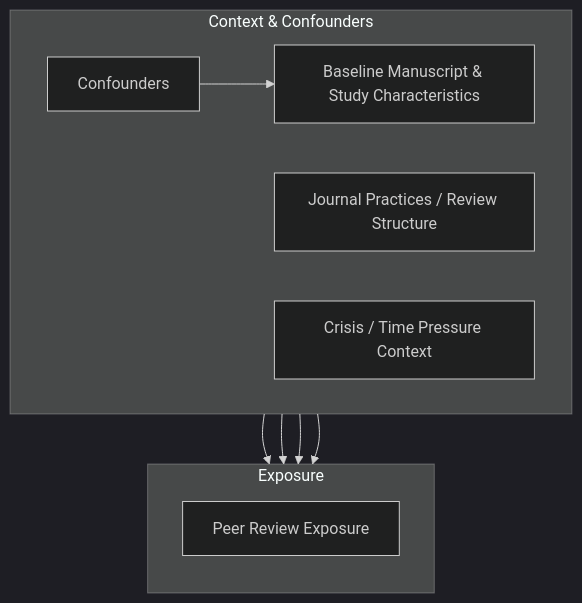
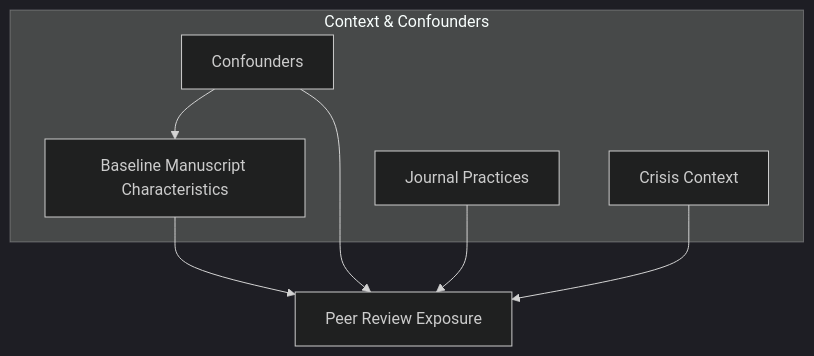
Before and after one commit to UofC-Research/peer-review: the first of 4 diagrams in docs/peer_review_planning_document.md, drawn with Mermaid (dark theme). The commit also changed other lines of this file, not shown here.

First line of the commit message:
doc: Standardize terminology and formatting in peer review planning document

````diff
--- a/docs/peer_review_planning_document.md
+++ b/docs/peer_review_planning_document.md
@@ -116,22 +114,18 @@
 ```mermaid
 flowchart TD
 
 subgraph CONTEXT["Context & Confounders"]
-  direction LR
   C["Confounders"]
-  JP["Journal Practices / Review Structure"]
-  CRISIS["Crisis / Time Pressure Context"]
-  M0["Baseline Manuscript & Study Characteristics"]
+  JP["Journal Practices"]
+  CRISIS["Crisis Context"]
+  M0["Baseline Manuscript Characteristics"]
 end
 
-subgraph EXPOSURE["Exposure"]
-  direction TB
-  PR["Peer Review Exposure"]
-end
+PR["Peer Review Exposure"]
 
 C --> M0
 M0 --> PR
 C --> PR
 JP --> PR
 CRISIS --> PR
 ```
````
